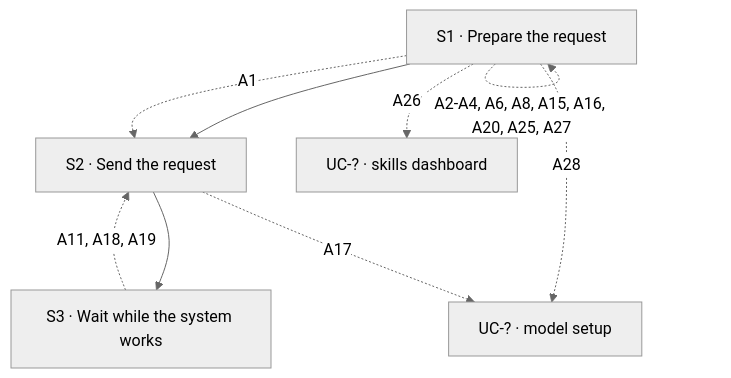
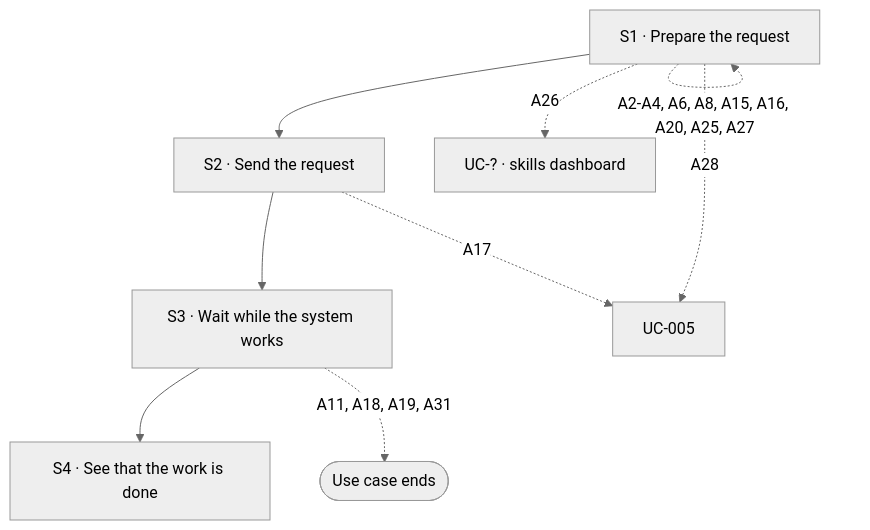
Before and after one commit to Luke23127006/DeckAgent: the diagram in docs/spec/03-use-cases/UC-003.md, drawn with Mermaid (neutral theme). The commit also changed other lines of this file and 27 other files, not shown here.

First line of the commit message:
docs(spec): expand behavioral model, add version scope rules, normalize use case IDs

````diff
--- a/docs/spec/03-use-cases/UC-003.md
+++ b/docs/spec/03-use-cases/UC-003.md
@@ -18,15 +15,16 @@
 ```mermaid
 flowchart TD
   S1["S1 · Prepare the request"]
   S2["S2 · Send the request"]
   S3["S3 · Wait while the system works"]
+  S4["S4 · See that the work is done"]
+  DONE(["Use case ends"])
   UCQ1["UC-? · skills dashboard"]
-  UCQ2["UC-? · model setup"]
-  S1 --> S2 --> S3
-  S1 -.->|"A1"| S2
+  UC005["UC-005"]
+  S1 --> S2 --> S3 --> S4
   S1 -.->|"A2-A4, A6, A8, A15, A16, A20, A25, A27"| S1
   S1 -.->|"A26"| UCQ1
-  S1 -.->|"A28"| UCQ2
-  S2 -.->|"A17"| UCQ2
-  S3 -.->|"A11, A18, A19"| S2
+  S1 -.->|"A28"| UC005
+  S2 -.->|"A17"| UC005
+  S3 -.->|"A11, A18, A19, A31"| DONE
 ```
````
